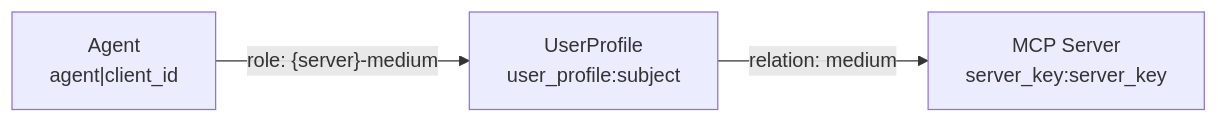
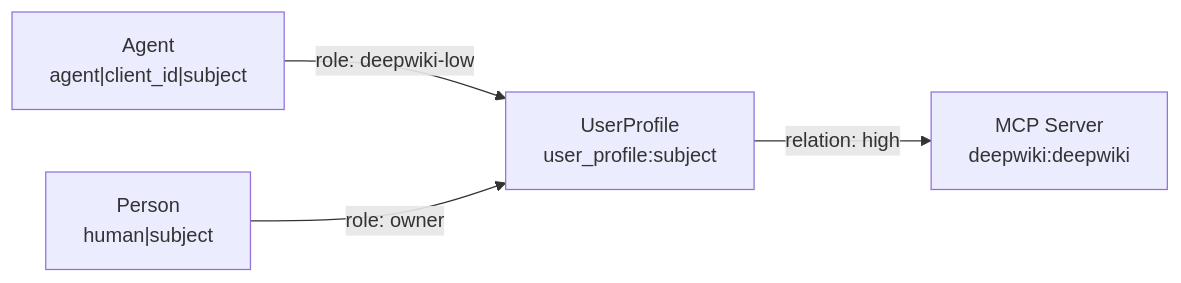
The second of 6 diagrams in docs/permit-mcp-gateway/permit-integration.mdx (permitio/docs), drawn with Mermaid before and after one commit. The commit also changed other lines of this file and 126 other files, not shown here.

````diff
--- a/docs/permit-mcp-gateway/permit-integration.mdx
+++ b/docs/permit-mcp-gateway/permit-integration.mdx
@@ -98,9 +104,11 @@
 ```mermaid
 flowchart LR
-    Agent["Agent<br/>agent|client_id"]
+    Agent["Agent<br/>agent|client_id|subject"]
+    Human["Person<br/>human|subject"]
     Profile["UserProfile<br/>user_profile:subject"]
-    Server["MCP Server<br/>server_key:server_key"]
+    Server["MCP Server<br/>deepwiki:deepwiki"]
 
-    Agent -->|"role: {server}-medium"| Profile
-    Profile -->|"relation: medium"| Server
+    Agent -->|"role: deepwiki-low"| Profile
+    Human -->|"role: owner"| Profile
+    Profile -->|"relation: high"| Server
 ```
````
